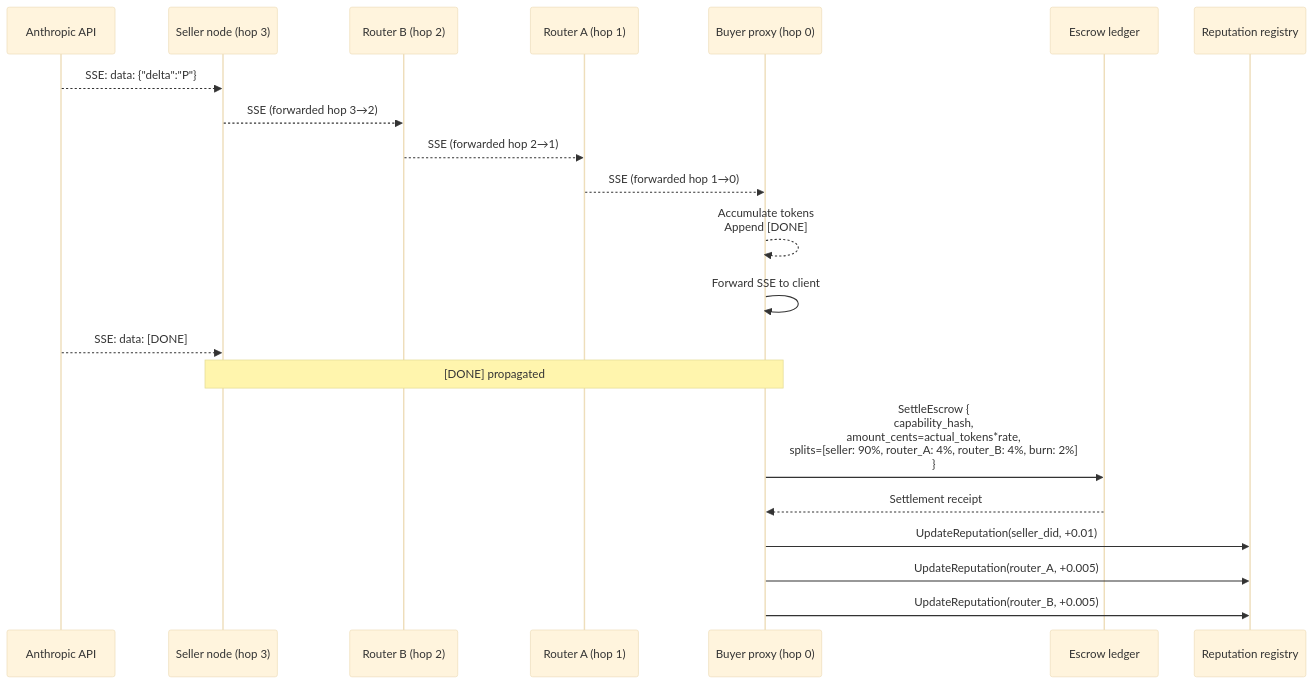
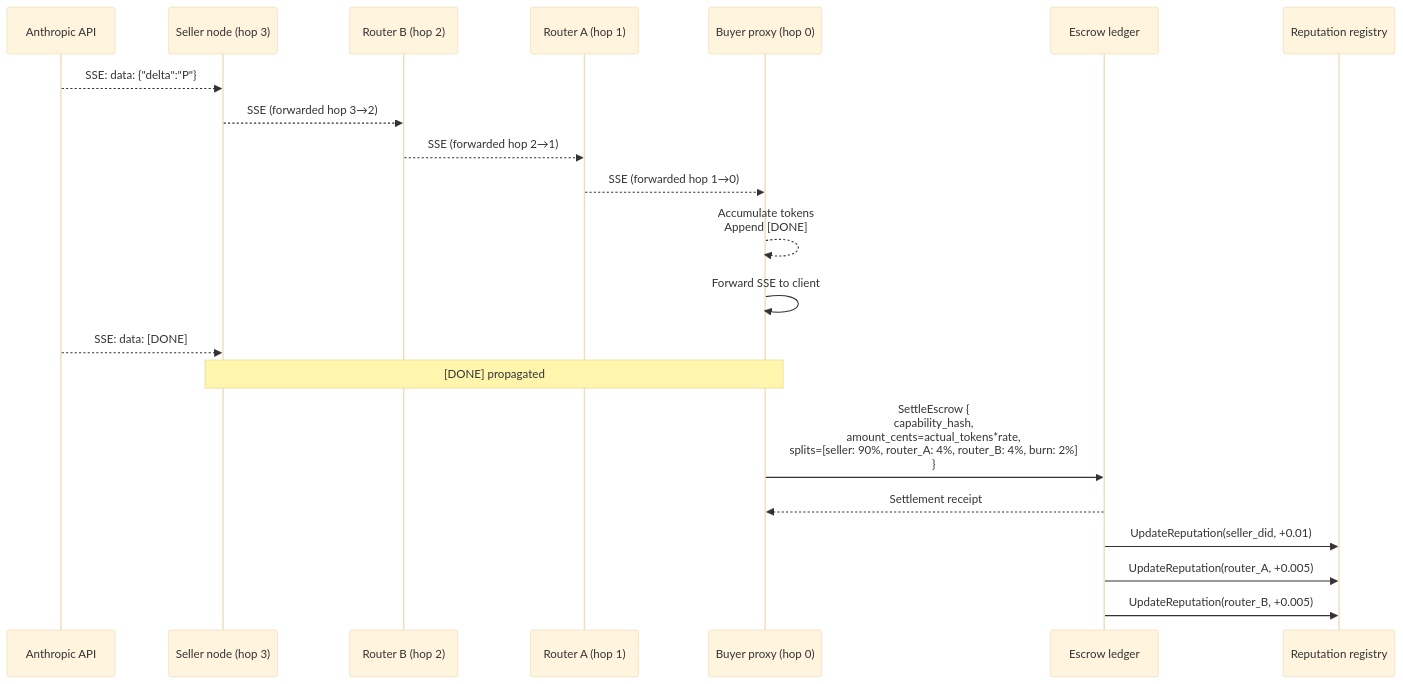
The tenth of 14 diagrams in docs/architecture/end-to-end-scenarios.md (CipherOcto/cipherocto), drawn with Mermaid (base theme) before and after one commit. The commit also changed other lines of this file, not shown here.

````diff
--- a/docs/architecture/end-to-end-scenarios.md
+++ b/docs/architecture/end-to-end-scenarios.md
@@ -426,26 +427,26 @@
 ```mermaid
 sequenceDiagram
     participant ANT as Anthropic API
     participant SN as Seller node (hop 3)
     participant P2 as Router B (hop 2)
     participant P1 as Router A (hop 1)
     participant P0 as Buyer proxy (hop 0)
     participant E as Escrow ledger
     participant RR as Reputation registry
 
     ANT-->>SN: SSE: data: {"delta":"P"}
     SN-->>P2: SSE (forwarded hop 3→2)
     P2-->>P1: SSE (forwarded hop 2→1)
     P1-->>P0: SSE (forwarded hop 1→0)
     P0-->>P0: Accumulate tokens<br/>Append [DONE]
     P0->>P0: Forward SSE to client
 
     ANT-->>SN: SSE: data: [DONE]
     Note over SN,P0: [DONE] propagated
 
     P0->>E: SettleEscrow {<br/>  capability_hash,<br/>  amount_cents=actual_tokens*rate,<br/>  splits=[seller: 90%, router_A: 4%, router_B: 4%, burn: 2%]<br/>}
     E-->>P0: Settlement receipt
-    P0->>RR: UpdateReputation(seller_did, +0.01)
-    P0->>RR: UpdateReputation(router_A, +0.005)
-    P0->>RR: UpdateReputation(router_B, +0.005)
+    E->>RR: UpdateReputation(seller_did, +0.01)
+    E->>RR: UpdateReputation(router_A, +0.005)
+    E->>RR: UpdateReputation(router_B, +0.005)
 ```
````
